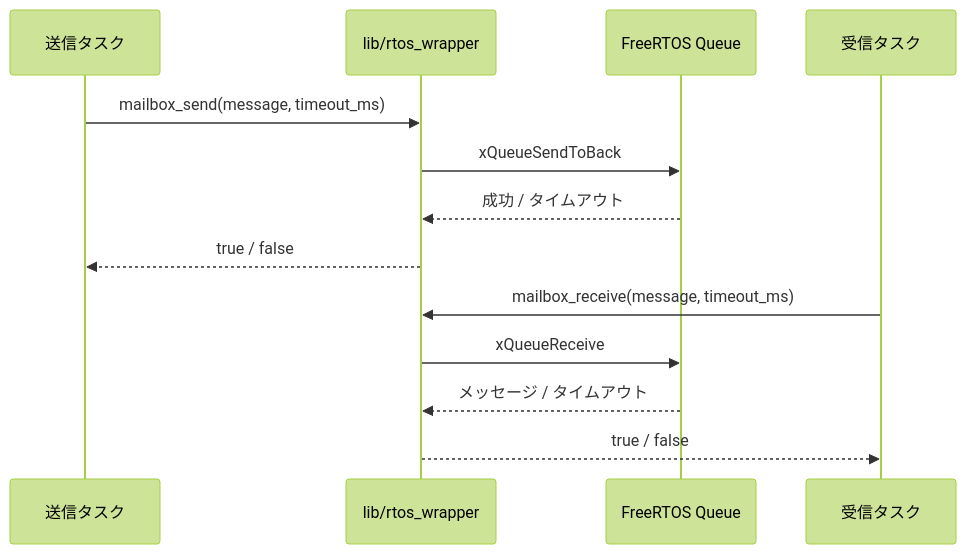
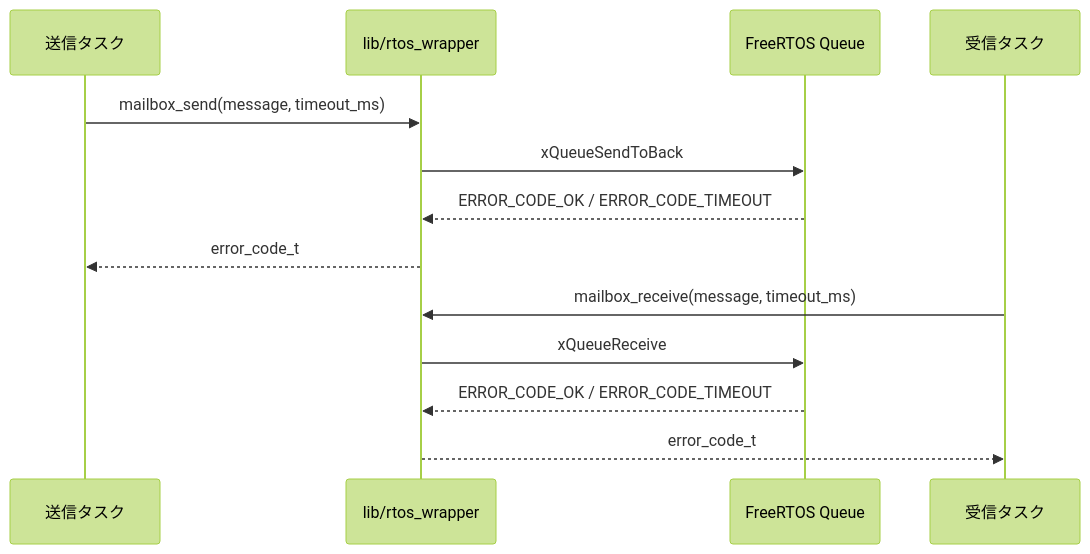
One commit to starkensan/usb_midi_pedal changed the second of 2 diagrams in docs/designs/rtos-mailbox.md. Above: the diagram before and after it, drawn with Mermaid (forest theme). The commit also changed 1 other file, not shown here.

Commit message:
docs: RTOS結果コードの説明を更新 refs #72

````diff
--- a/docs/designs/rtos-mailbox.md
+++ b/docs/designs/rtos-mailbox.md
@@ -60,16 +60,16 @@
 ```mermaid
 sequenceDiagram
     participant Producer as 送信タスク
     participant Mailbox as lib/rtos_wrapper
     participant Queue as FreeRTOS Queue
     participant Consumer as 受信タスク
 
     Producer->>Mailbox: mailbox_send(message, timeout_ms)
     Mailbox->>Queue: xQueueSendToBack
-    Queue-->>Mailbox: 成功 / タイムアウト
-    Mailbox-->>Producer: true / false
+    Queue-->>Mailbox: ERROR_CODE_OK / ERROR_CODE_TIMEOUT
+    Mailbox-->>Producer: error_code_t
     Consumer->>Mailbox: mailbox_receive(message, timeout_ms)
     Mailbox->>Queue: xQueueReceive
-    Queue-->>Mailbox: メッセージ / タイムアウト
-    Mailbox-->>Consumer: true / false
+    Queue-->>Mailbox: ERROR_CODE_OK / ERROR_CODE_TIMEOUT
+    Mailbox-->>Consumer: error_code_t
 ```
````
